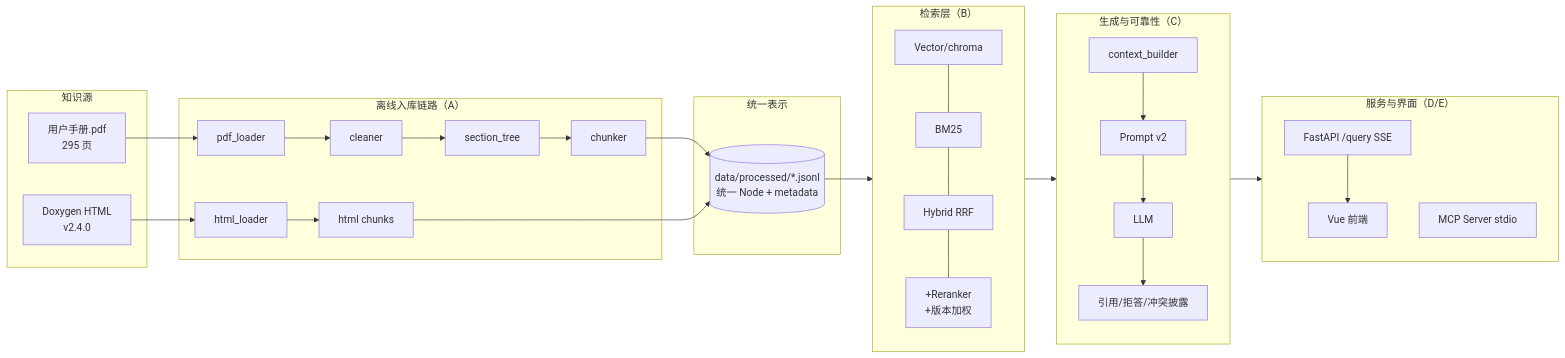
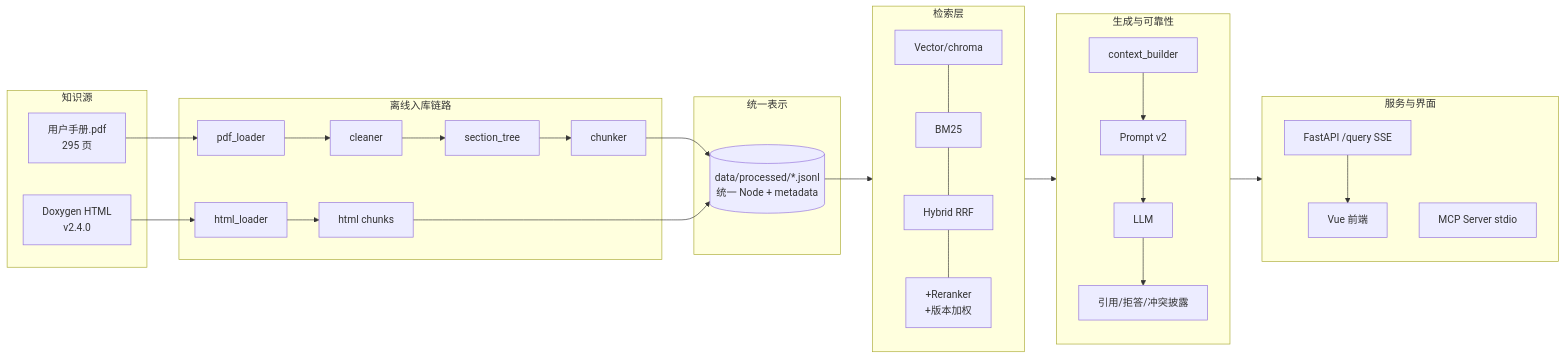
Before and after one commit to ly-0110/RAG4ZRDDS: the first of 3 diagrams in docs/architecture.md, drawn with Mermaid. The commit also changed other lines of this file and 122 other files, not shown here.

````diff
--- a/docs/architecture.md
+++ b/docs/architecture.md
@@ -15,29 +14,29 @@
 ```mermaid
 flowchart LR
   subgraph 知识源
     PDF[用户手册.pdf<br/>295 页]
     HTML[Doxygen HTML<br/>v2.4.0]
   end
-  subgraph 入库[离线入库链路（A）]
+  subgraph 入库[离线入库链路]
     P1[pdf_loader] --> C1[cleaner] --> T1[section_tree] --> K1[chunker]
     P2[html_loader] --> K2[html chunks]
   end
   subgraph 统一表示
     N[(data/processed/*.jsonl<br/>统一 Node + metadata)]
   end
-  subgraph 检索[检索层（B）]
+  subgraph 检索[检索层]
     V[Vector/chroma] --- BM[BM25] --- HY[Hybrid RRF] --- RR[+Reranker<br/>+版本加权]
   end
-  subgraph 生成[生成与可靠性（C）]
+  subgraph 生成[生成与可靠性]
     CB[context_builder] --> PT[Prompt v2] --> LLM[LLM] --> AB[引用/拒答/冲突披露]
   end
-  subgraph 交付[服务与界面（D/E）]
+  subgraph 交付[服务与界面]
     API[FastAPI /query SSE] --> WEB[Vue 前端]
     MCP[MCP Server stdio]
   end
   PDF --> P1
   HTML --> P2
   K1 --> N
   K2 --> N
   N --> 检索 --> 生成 --> 交付
 ```
````
